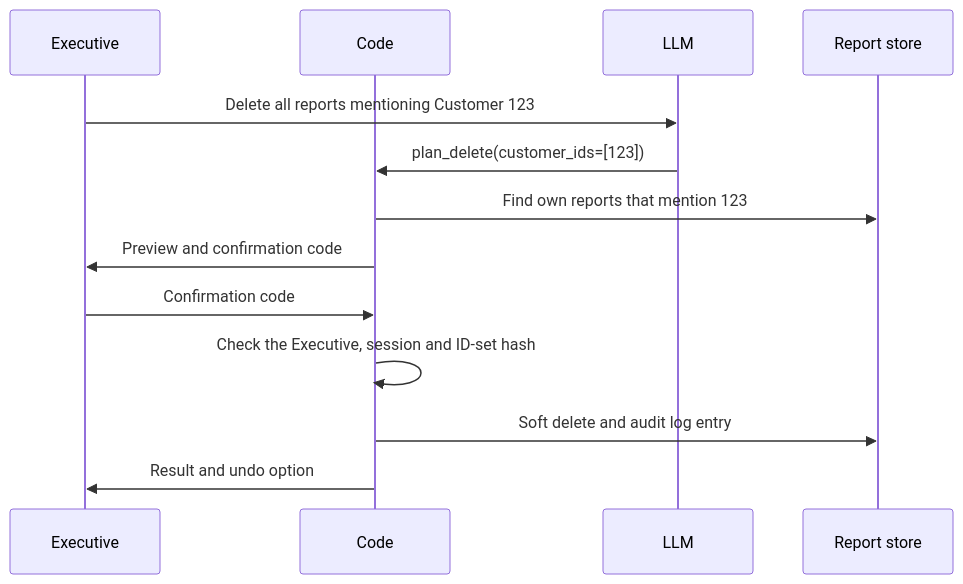
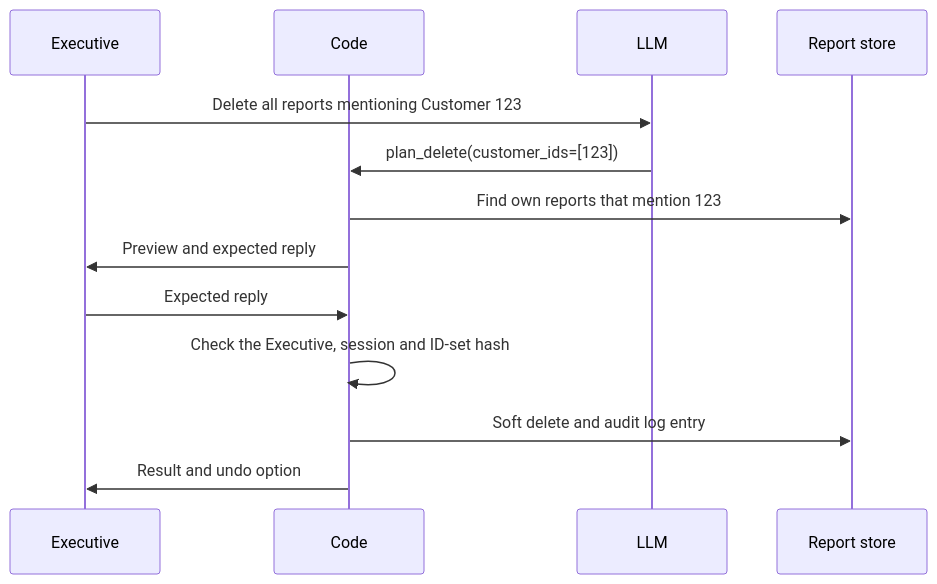
Before and after one commit to modvala/data-chat-assistant: the diagram in docs/adr/0002-llm-has-no-delete-tool.md, drawn with Mermaid. The commit also changed other lines of this file and 8 other files, not shown here.

````diff
--- a/docs/adr/0002-llm-has-no-delete-tool.md
+++ b/docs/adr/0002-llm-has-no-delete-tool.md
@@ -7,15 +7,15 @@
 ```mermaid
 sequenceDiagram
     participant E as Executive
     participant C as Code
     participant L as LLM
     participant S as Report store
     E->>L: Delete all reports mentioning Customer 123
     L->>C: plan_delete(customer_ids=[123])
     C->>S: Find own reports that mention 123
-    C->>E: Preview and confirmation code
-    E->>C: Confirmation code
+    C->>E: Preview and expected reply
+    E->>C: Expected reply
     C->>C: Check the Executive, session and ID-set hash
     C->>S: Soft delete and audit log entry
     C->>E: Result and undo option
 ```
````
